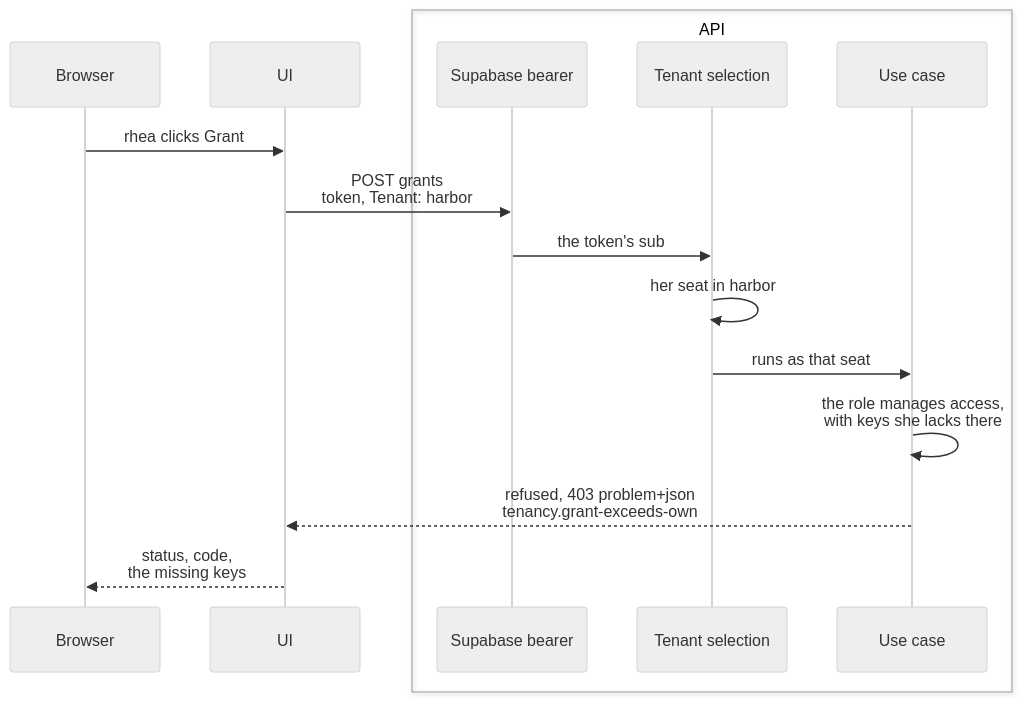
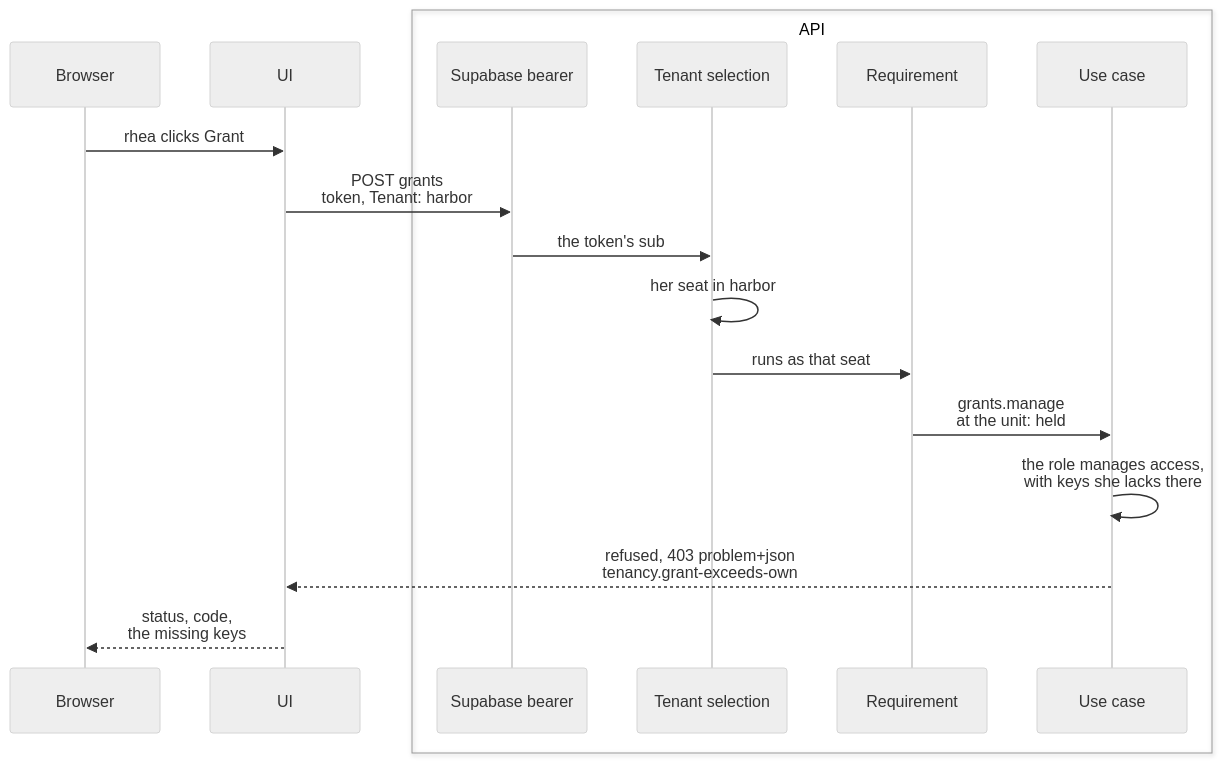
Diagram 15 of 17 in docs/tenancy.md (DylanSnel/DDDToolkit), drawn with Mermaid (neutral theme) before and after one commit. The commit also changed other lines of this file and 92 other files, not shown here.

````diff
--- a/docs/tenancy.md
+++ b/docs/tenancy.md
@@ -2875,19 +3056,21 @@
 ```mermaid
 sequenceDiagram
     participant Browser
     participant UI
     box API
         participant Bearer as Supabase bearer
         participant Selection as Tenant selection
+        participant Requirement
         participant UseCase as Use case
     end
 
     Browser->>UI: rhea clicks Grant
     UI->>Bearer: POST grants<br/>token, Tenant: harbor
     Bearer->>Selection: the token's sub
     Selection->>Selection: her seat in harbor
-    Selection->>UseCase: runs as that seat
+    Selection->>Requirement: runs as that seat
+    Requirement->>UseCase: grants.manage<br/>at the unit: held
     UseCase->>UseCase: the role manages access,<br/>with keys she lacks there
     UseCase-->>UI: refused, 403 problem+json<br/>tenancy.grant-exceeds-own
     UI-->>Browser: status, code,<br/>the missing keys
 ```
````
